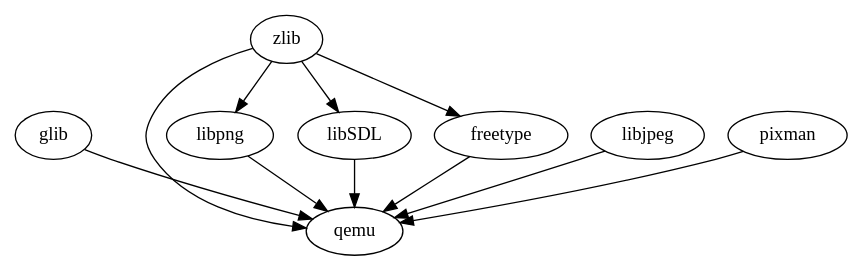
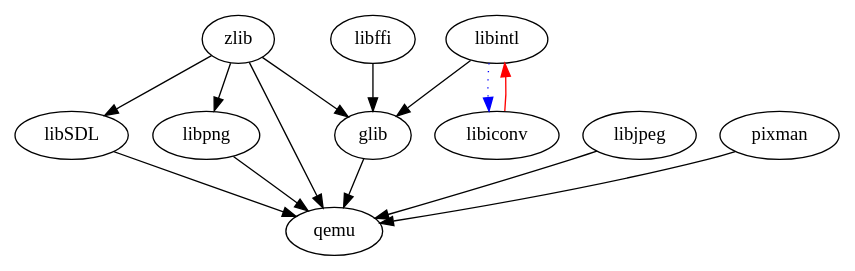
The diagram in building/qemu/qemu.dot (songdongsheng/osb), drawn with Graphviz before and after one commit. The commit also changed 3 other files, not shown here.

```diff
--- a/building/qemu/qemu.dot
+++ b/building/qemu/qemu.dot
@@ -1,17 +1,22 @@
 /*
     dot qemu.dot -T pdf -o qemu.pdf
     dot qemu.dot -T svg -o qemu.svg
  */
 digraph "Dependency Graph" {
+    zlib -> libSDL;
+    zlib -> libpng;
+
+    libiconv -> libintl [color=red];
+    libintl -> libiconv [color=blue, style=dotted];
+
+    zlib -> glib;
+    libffi -> glib;
+    libintl -> glib;
+
     glib -> qemu;
     libpng -> qemu;
     libjpeg -> qemu;
     libSDL -> qemu;
     pixman -> qemu;
     zlib -> qemu;
-    freetype -> qemu;
-
-    zlib -> freetype;
-    zlib -> libpng;
-    zlib -> libSDL;
 }
```
